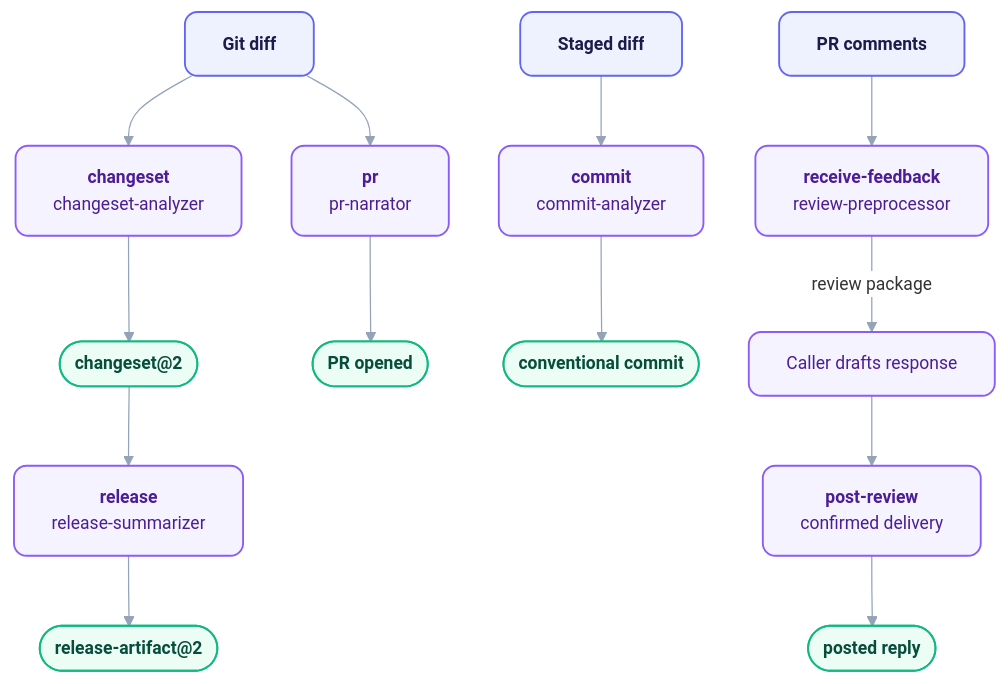
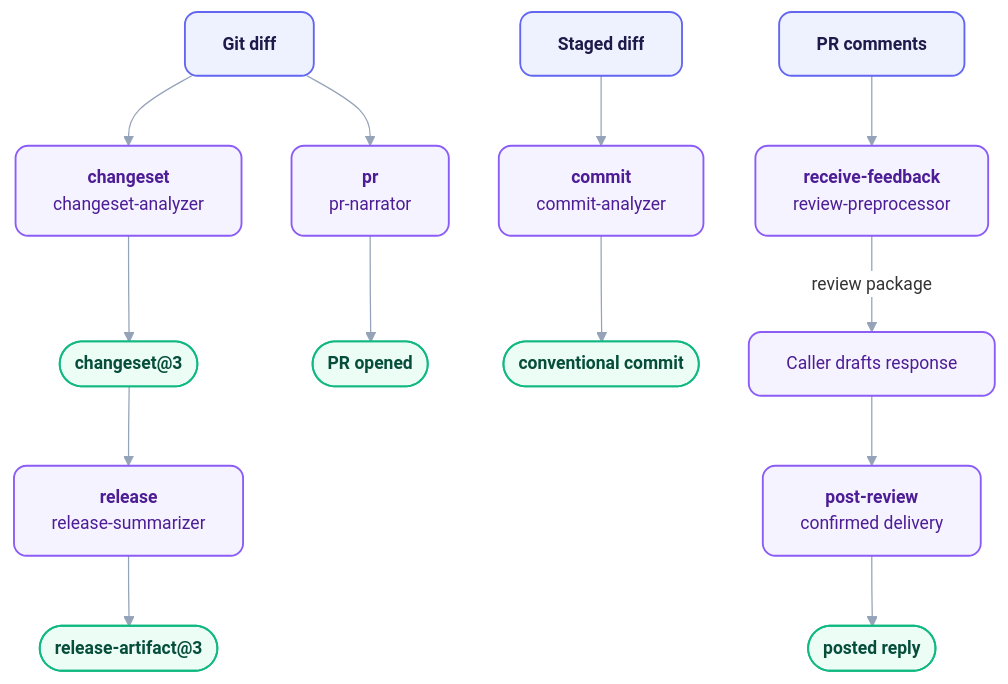
Before and after one commit to orin-dx/wisp-plugins: the diagram in plugins/courier/README.md, drawn with Mermaid. The commit also changed other lines of this file and 29 other files, not shown here.

````diff
--- a/plugins/courier/README.md
+++ b/plugins/courier/README.md
@@ -67,20 +78,20 @@
 ```mermaid
 %%{init: {'theme': 'base', 'flowchart': {'curve': 'basis', 'nodeSpacing': 40, 'rankSpacing': 56}, 'themeVariables': {'fontFamily': 'Inter, ui-sans-serif, system-ui, sans-serif', 'fontSize': '14px', 'lineColor': '#94a3b8', 'edgeLabelBackground': '#ffffff'}}}%%
 flowchart TD
     classDef source fill:#eef2ff,stroke:#6366f1,stroke-width:1.5px,color:#1e1b4b,rx:10px,ry:10px,font-weight:600;
     classDef engine fill:#f5f3ff,stroke:#8b5cf6,stroke-width:1.5px,color:#4c1d95,rx:10px,ry:10px;
     classDef output fill:#ecfdf5,stroke:#10b981,stroke-width:1.5px,color:#064e3b,rx:10px,ry:10px,font-weight:600;
 
-    Diff["Git diff"] --> Changeset["<b>changeset</b><br/>changeset-analyzer"] --> CS(["changeset@2"])
+    Diff["Git diff"] --> Changeset["<b>changeset</b><br/>changeset-analyzer"] --> CS(["changeset@3"])
     Diff --> PR["<b>pr</b><br/>pr-narrator"] --> PROut(["PR opened"])
-    CS --> Release["<b>release</b><br/>release-summarizer"] --> RelOut(["release-artifact@2"])
+    CS --> Release["<b>release</b><br/>release-summarizer"] --> RelOut(["release-artifact@3"])
 
     Staged["Staged diff"] --> Commit["<b>commit</b><br/>commit-analyzer"] --> CommitOut(["conventional commit"])
 
     Comments["PR comments"] --> Receive["<b>receive-feedback</b><br/>review-preprocessor"]
     Receive -->|"review package"| Draft["Caller drafts response"] --> Post["<b>post-review</b><br/>confirmed delivery"] --> Reply(["posted reply"])
 
     class Diff,Staged,Comments source
     class Changeset,PR,Release,Commit,Receive,Draft,Post engine
     class CS,PROut,RelOut,CommitOut,Reply output
 ```
````
